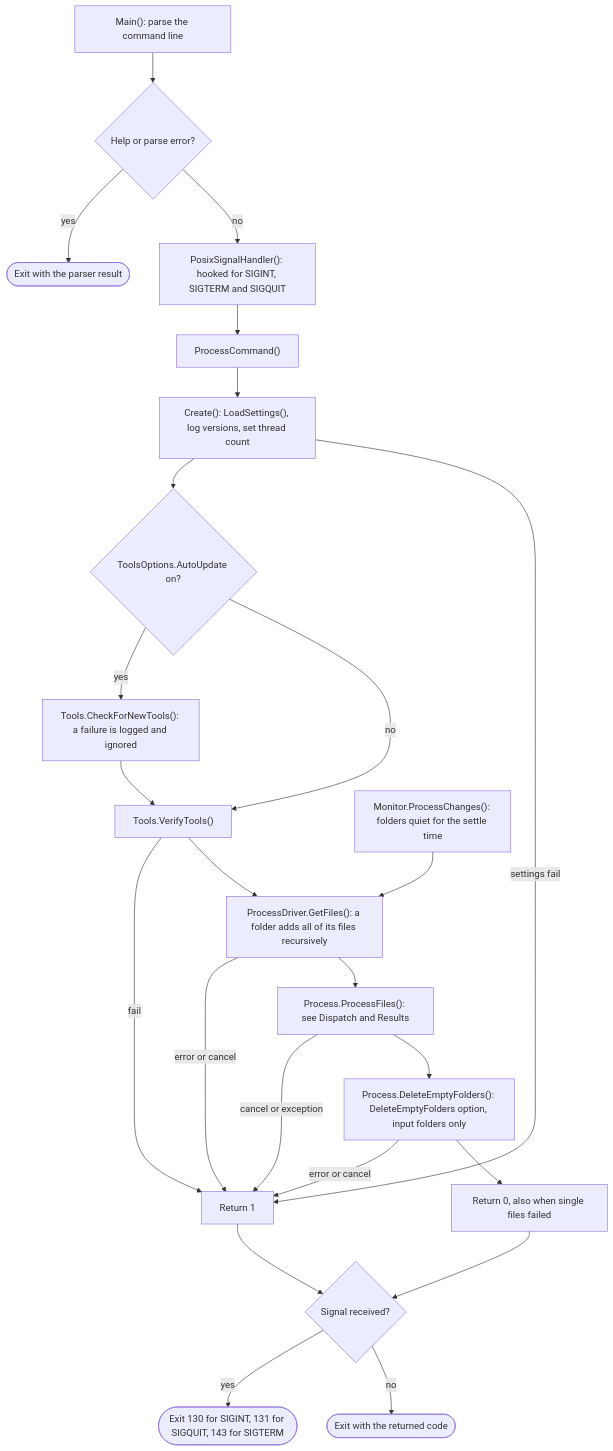
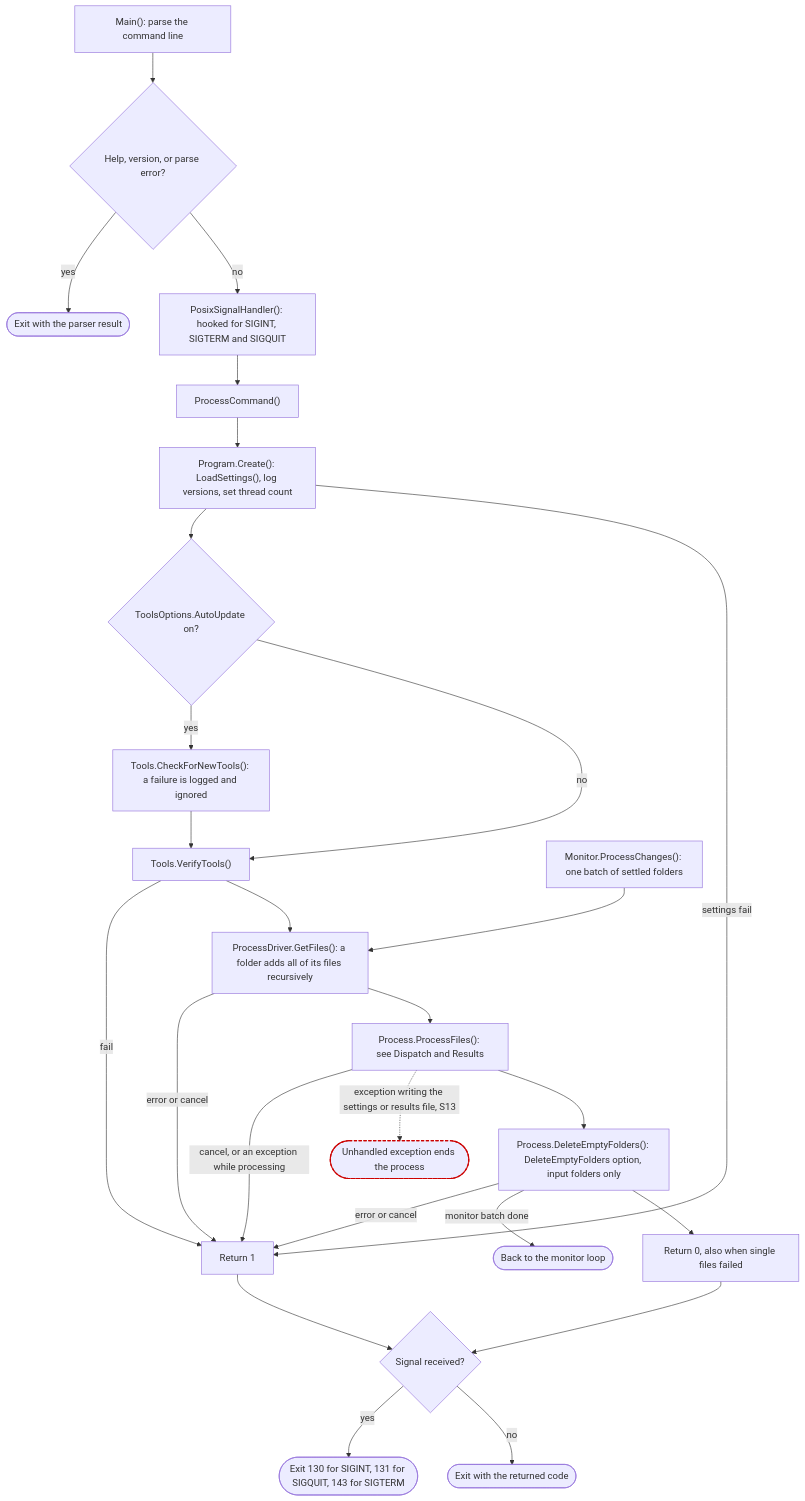
The first of 11 diagrams in ARCHITECTURE.md (ptr727/PlexCleaner), drawn with Mermaid before and after one commit. The commit also changed other lines of this file and 3 other files, not shown here.

First line of the commit message:
Correct Process Diagrams Against the Code and Share the Repo Path

````diff
--- a/ARCHITECTURE.md
+++ b/ARCHITECTURE.md
@@ -227,26 +227,29 @@
 ```mermaid
 flowchart TD
-  A["Main(): parse the command line"] --> A1{"Help or parse error?"}
+  A["Main(): parse the command line"] --> A1{"Help, version, or parse error?"}
   A1 -->|yes| AX(["Exit with the parser result"])
   A1 -->|no| A2["PosixSignalHandler(): hooked for SIGINT, SIGTERM and SIGQUIT"]
   A2 --> B["ProcessCommand()"]
-  B --> C["Create(): LoadSettings(), log versions, set thread count"]
+  B --> C["Program.Create(): LoadSettings(), log versions, set thread count"]
   C --> C1{"ToolsOptions.AutoUpdate on?"}
   C1 -->|yes| C2["Tools.CheckForNewTools(): a failure is logged and ignored"]
   C1 -->|no| C3
   C2 --> C3["Tools.VerifyTools()"]
   C --> |settings fail| R1
   C3 -->|fail| R1["Return 1"]
   C3 --> D["ProcessDriver.GetFiles(): a folder adds all of its files recursively"]
-  MON["Monitor.ProcessChanges(): folders quiet for the settle time"] --> D
+  MON["Monitor.ProcessChanges(): one batch of settled folders"] --> D
   D -->|error or cancel| R1
   D --> F["Process.ProcessFiles(): see Dispatch and Results"]
-  F -->|cancel or exception| R1
+  F -->|"cancel, or an exception while processing"| R1
+  F -.->|"exception writing the settings or results file, S13"| CRASH(["Unhandled exception ends the process"]):::suspect
   F --> G["Process.DeleteEmptyFolders(): DeleteEmptyFolders option, input folders only"]
   G -->|error or cancel| R1
+  G -->|"monitor batch done"| MON2(["Back to the monitor loop"])
   G --> R0["Return 0, also when single files failed"]
   R0 --> S{"Signal received?"}
   R1 --> S
   S -->|yes| ES(["Exit 130 for SIGINT, 131 for SIGQUIT, 143 for SIGTERM"])
   S -->|no| EN(["Exit with the returned code"])
+  classDef suspect stroke:#c00,stroke-width:2px,stroke-dasharray:5 3
 ```
````
